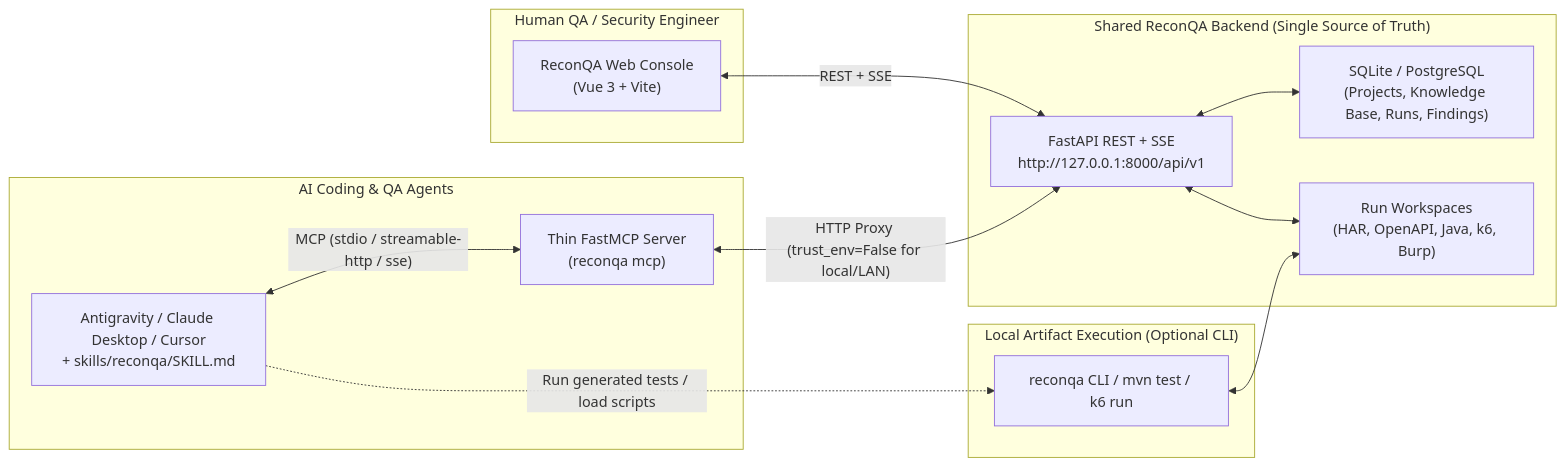
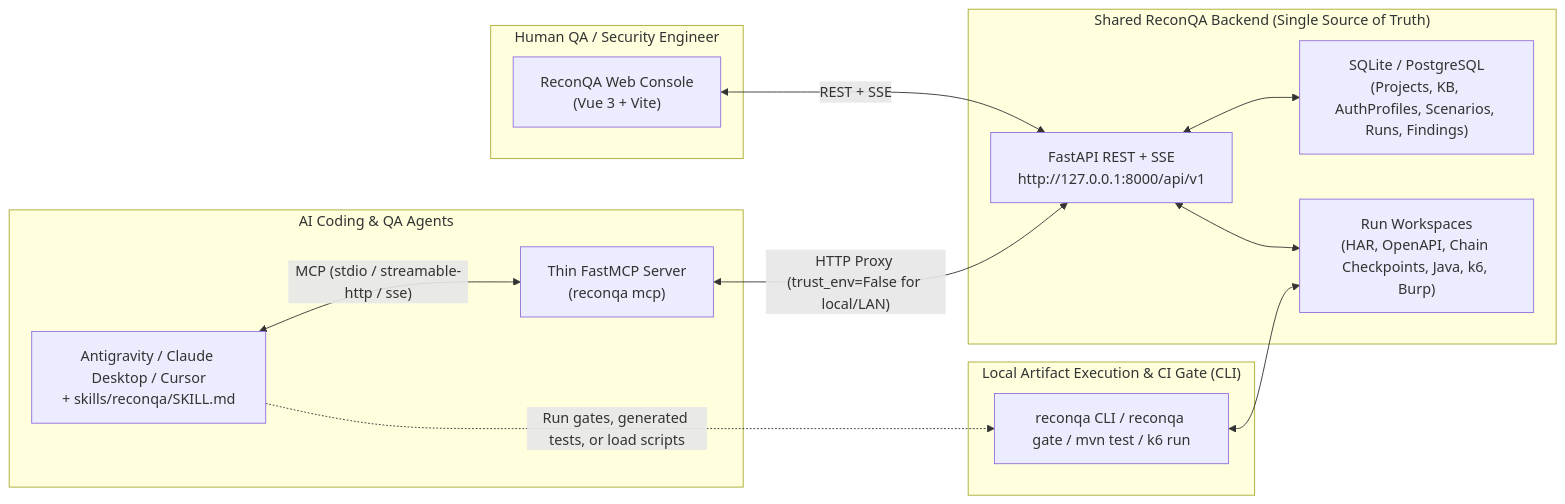
One commit to coolxll/reconqa changed the diagram in docs/agent-integration.md. Above: the diagram before and after it, drawn with Mermaid. The commit also changed other lines of this file and 48 other files, not shown here.

Commit message:
feat(hub,cli,ci,web): add scenario L3 writeback, GraphQL splitting, dynamic placeholders, acceptance reports, Postman v2.1 export, quality gate CLI, and GitHub Actions CI

````diff
--- a/docs/agent-integration.md
+++ b/docs/agent-integration.md
@@ -11,29 +11,29 @@
 ```mermaid
 flowchart LR
     subgraph Human["Human QA / Security Engineer"]
         UI["ReconQA Web Console<br/>(Vue 3 + Vite)"]
     end
 
     subgraph Agents["AI Coding & QA Agents"]
         AG["Antigravity / Claude Desktop / Cursor<br/>+ skills/reconqa/SKILL.md"]
         MCP["Thin FastMCP Server<br/>(reconqa mcp)"]
     end
 
     subgraph Core["Shared ReconQA Backend (Single Source of Truth)"]
         API["FastAPI REST + SSE<br/>http://127.0.0.1:8000/api/v1"]
-        DB["SQLite / PostgreSQL<br/>(Projects, Knowledge Base, Runs, Findings)"]
-        WS["Run Workspaces<br/>(HAR, OpenAPI, Java, k6, Burp)"]
+        DB["SQLite / PostgreSQL<br/>(Projects, KB, AuthProfiles, Scenarios, Runs, Findings)"]
+        WS["Run Workspaces<br/>(HAR, OpenAPI, Chain Checkpoints, Java, k6, Burp)"]
     end
 
-    subgraph LocalExec["Local Artifact Execution (Optional CLI)"]
-        CLI["reconqa CLI / mvn test / k6 run"]
+    subgraph LocalExec["Local Artifact Execution & CI Gate (CLI)"]
+        CLI["reconqa CLI / reconqa gate / mvn test / k6 run"]
     end
 
     UI <-->|"REST + SSE"| API
     AG <-->|"MCP (stdio / streamable-http / sse)"| MCP
     MCP <-->|"HTTP Proxy (trust_env=False for local/LAN)"| API
     API <--> DB
     API <--> WS
-    AG -.->|"Run generated tests / load scripts"| CLI
+    AG -.->|"Run gates, generated tests, or load scripts"| CLI
     CLI <--> WS
 ```
````
